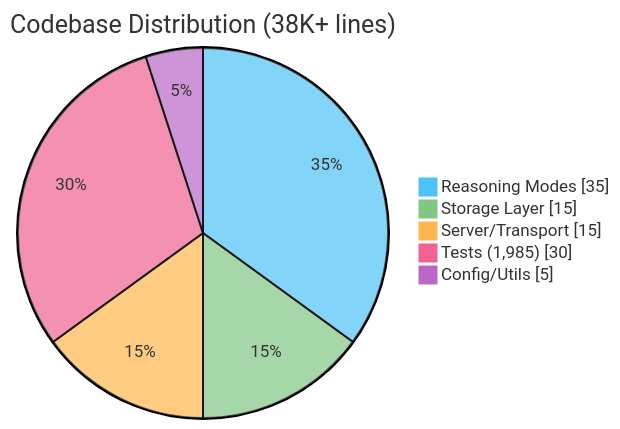
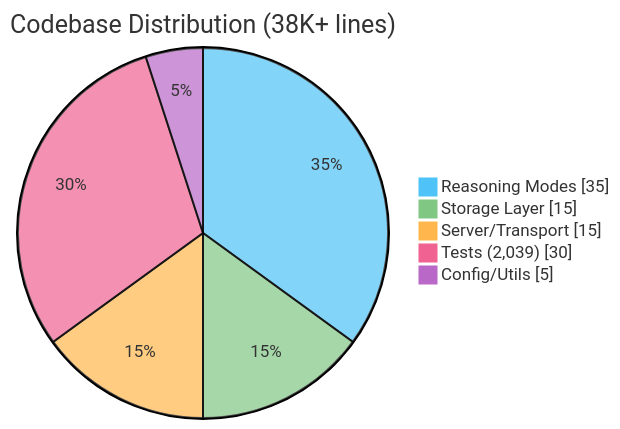
One commit to quanticsoul4772/mcp-reasoning changed the first of 6 diagrams in README.md. Above: the diagram before and after it, drawn with Mermaid. The commit also changed other lines of this file and 1 other file, not shown here.

````diff
--- a/README.md
+++ b/README.md
@@ -10,9 +10,9 @@
 ```mermaid
 %%{init: {'theme': 'base', 'themeVariables': {'pie1': '#4fc3f7', 'pie2': '#81c784', 'pie3': '#ffb74d', 'pie4': '#f06292', 'pie5': '#ba68c8'}}}%%
 pie showData title Codebase Distribution (38K+ lines)
     "Reasoning Modes" : 35
     "Storage Layer" : 15
     "Server/Transport" : 15
-    "Tests (1,985)" : 30
+    "Tests (2,039)" : 30
     "Config/Utils" : 5
 ```
````
